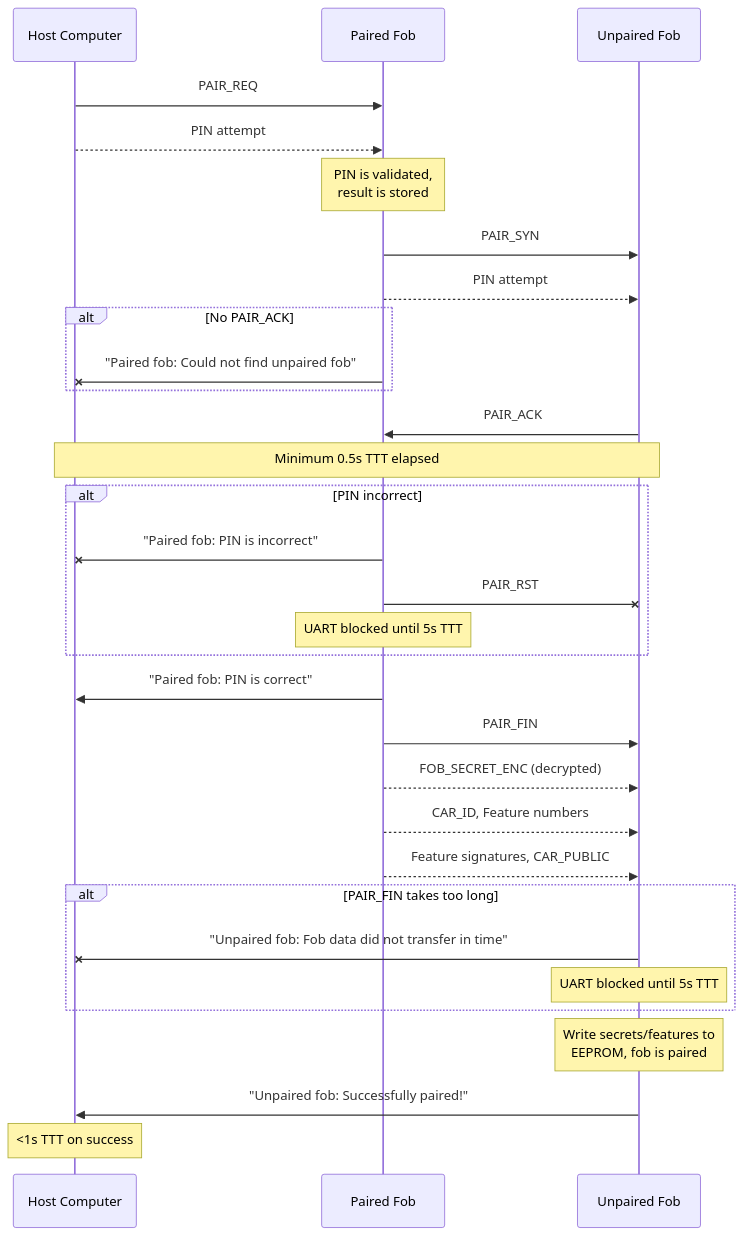
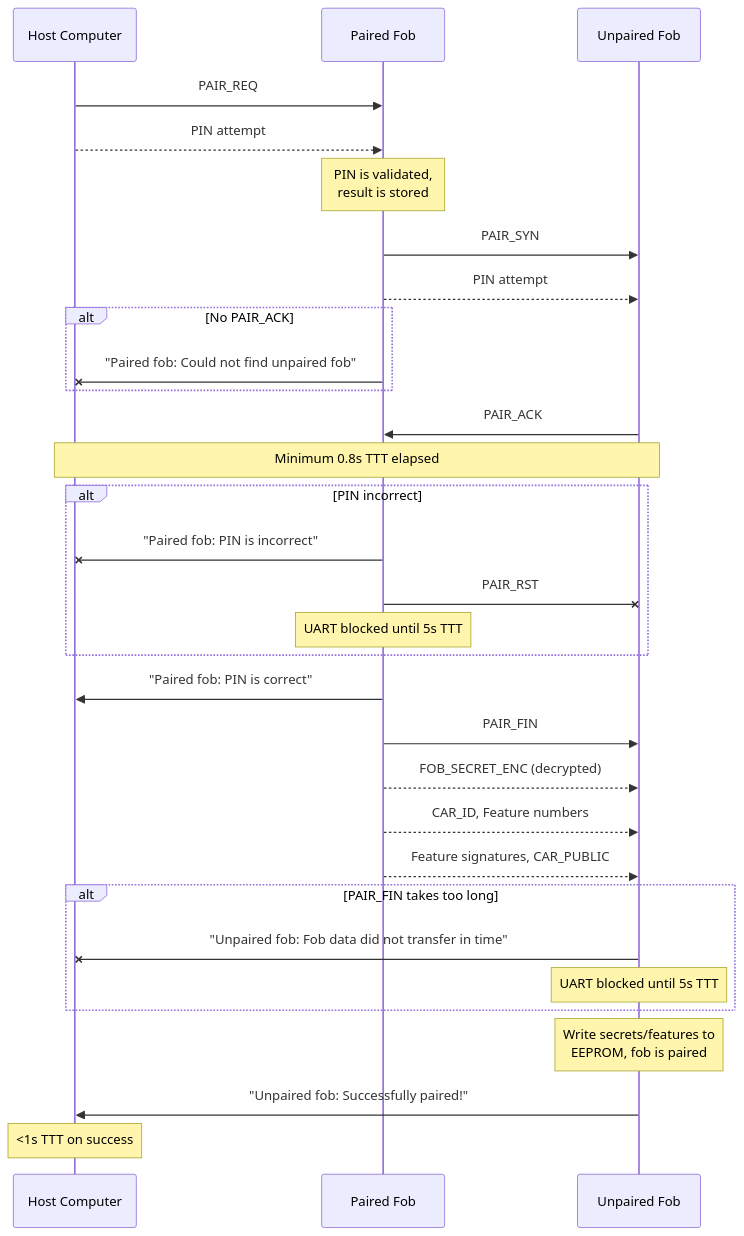
Before and after one commit to sigpwny/2023-ectf-uiuc: the first of 3 diagrams in docs/protocol.md, drawn with Mermaid. The commit also changed other lines of this file and 1 other file, not shown here.

````diff
--- a/docs/protocol.md
+++ b/docs/protocol.md
@@ -19,33 +11,33 @@
 ```mermaid
 sequenceDiagram
   participant Host Computer
   participant Paired Fob
   participant Unpaired Fob
   Host Computer ->> Paired Fob: PAIR_REQ
   Host Computer -->> Paired Fob: PIN attempt
   Note over Paired Fob: PIN is validated, <br/>result is stored
   Paired Fob ->> Unpaired Fob: PAIR_SYN
   Paired Fob -->> Unpaired Fob: PIN attempt
   alt No PAIR_ACK
     Paired Fob -x Host Computer: "Paired fob: Could not find unpaired fob"
   end
   Unpaired Fob ->> Paired Fob: PAIR_ACK
-  Note over Host Computer, Unpaired Fob: Minimum 0.5s TTT elapsed
+  Note over Host Computer, Unpaired Fob: Minimum 0.8s TTT elapsed
   alt PIN incorrect
     Paired Fob -x Host Computer: "Paired fob: PIN is incorrect"
     Paired Fob -x Unpaired Fob: PAIR_RST
     Note over Paired Fob: UART blocked until 5s TTT
   end
   Paired Fob ->> Host Computer: "Paired fob: PIN is correct"
   Paired Fob ->> Unpaired Fob: PAIR_FIN
   Paired Fob -->> Unpaired Fob: FOB_SECRET_ENC (decrypted)
   Paired Fob -->> Unpaired Fob: CAR_ID, Feature numbers
   Paired Fob -->> Unpaired Fob: Feature signatures, CAR_PUBLIC
   alt PAIR_FIN takes too long
     Unpaired Fob -x Host Computer: "Unpaired fob: Fob data did not transfer in time"
     Note over Unpaired Fob: UART blocked until 5s TTT
   end
   Note over Unpaired Fob: Write secrets/features to <br/>EEPROM, fob is paired
   Unpaired Fob ->> Host Computer: "Unpaired fob: Successfully paired!"
   Note over Host Computer: <1s TTT on success
 ```
````
